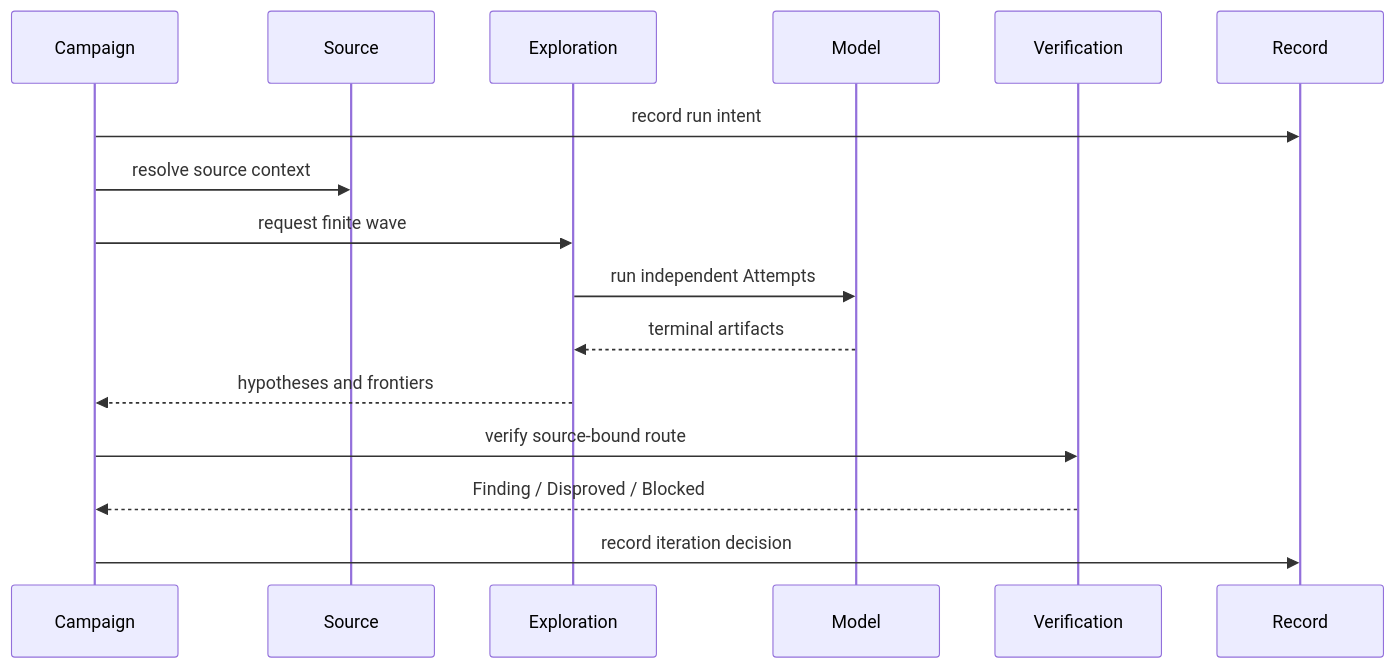
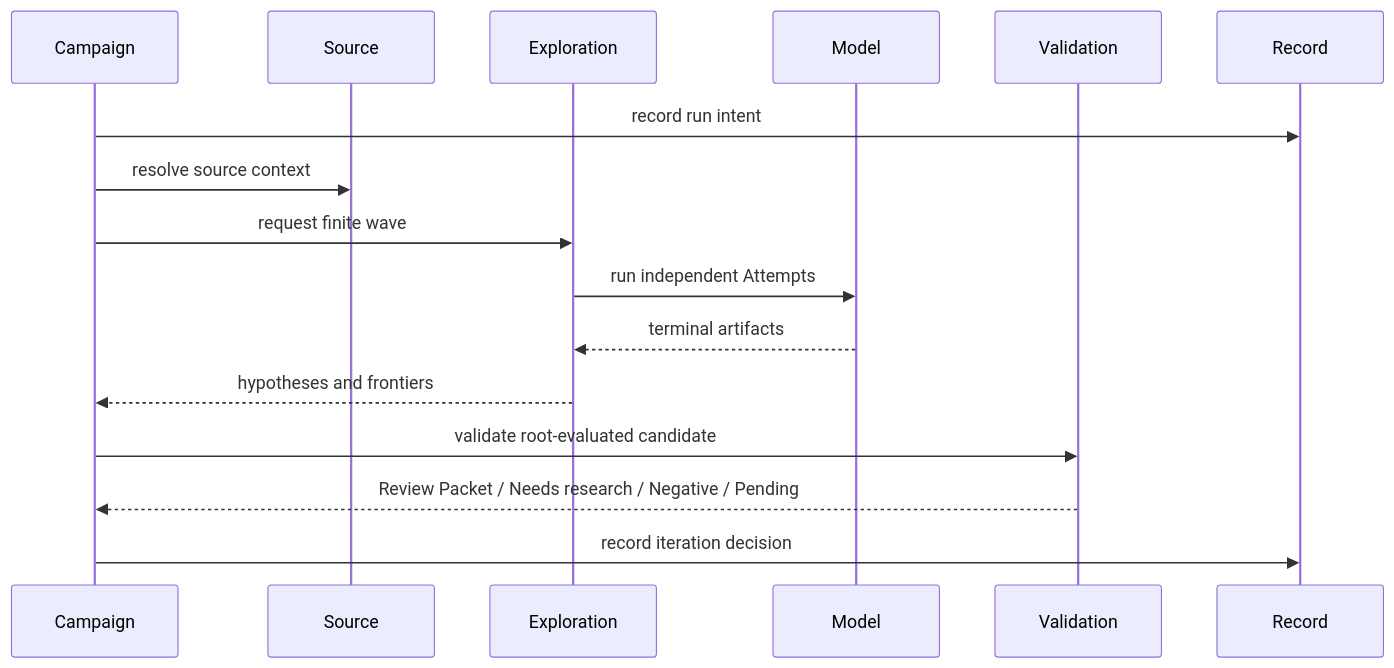
The third of 4 diagrams in docs/design/architecture/module-map.md (momoponwork1415-lgtm/wordpress-harness), drawn with Mermaid before and after one commit. The commit also changed other lines of this file and 25 other files, not shown here.

Commit message:
Define source validation and human verification

````diff
--- a/docs/design/architecture/module-map.md
+++ b/docs/design/architecture/module-map.md
@@ -66,19 +66,19 @@
 ```mermaid
 sequenceDiagram
     participant CC as Campaign
     participant SU as Source
     participant EX as Exploration
     participant ME as Model
-    participant VE as Verification
+    participant VA as Validation
     participant RR as Record
 
     CC->>RR: record run intent
     CC->>SU: resolve source context
     CC->>EX: request finite wave
     EX->>ME: run independent Attempts
     ME-->>EX: terminal artifacts
     EX-->>CC: hypotheses and frontiers
-    CC->>VE: verify source-bound route
-    VE-->>CC: Finding / Disproved / Blocked
+    CC->>VA: validate root-evaluated candidate
+    VA-->>CC: Review Packet / Needs research / Negative / Pending
     CC->>RR: record iteration decision
 ```
````
